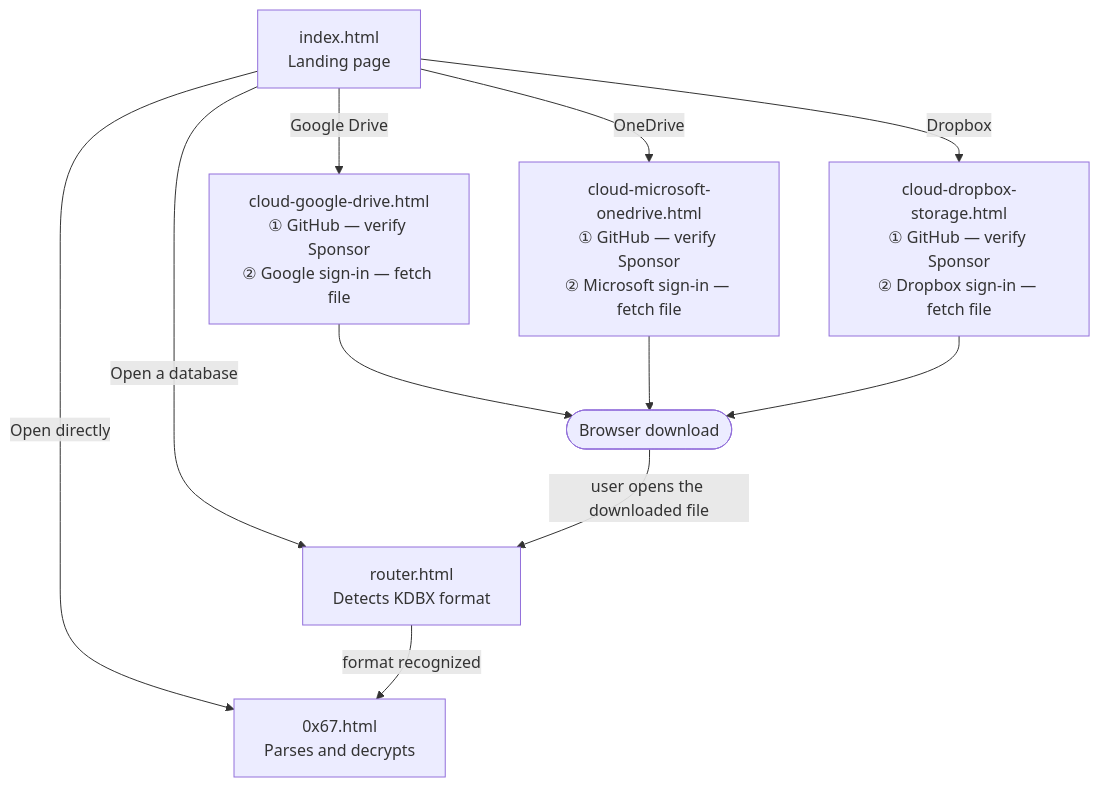
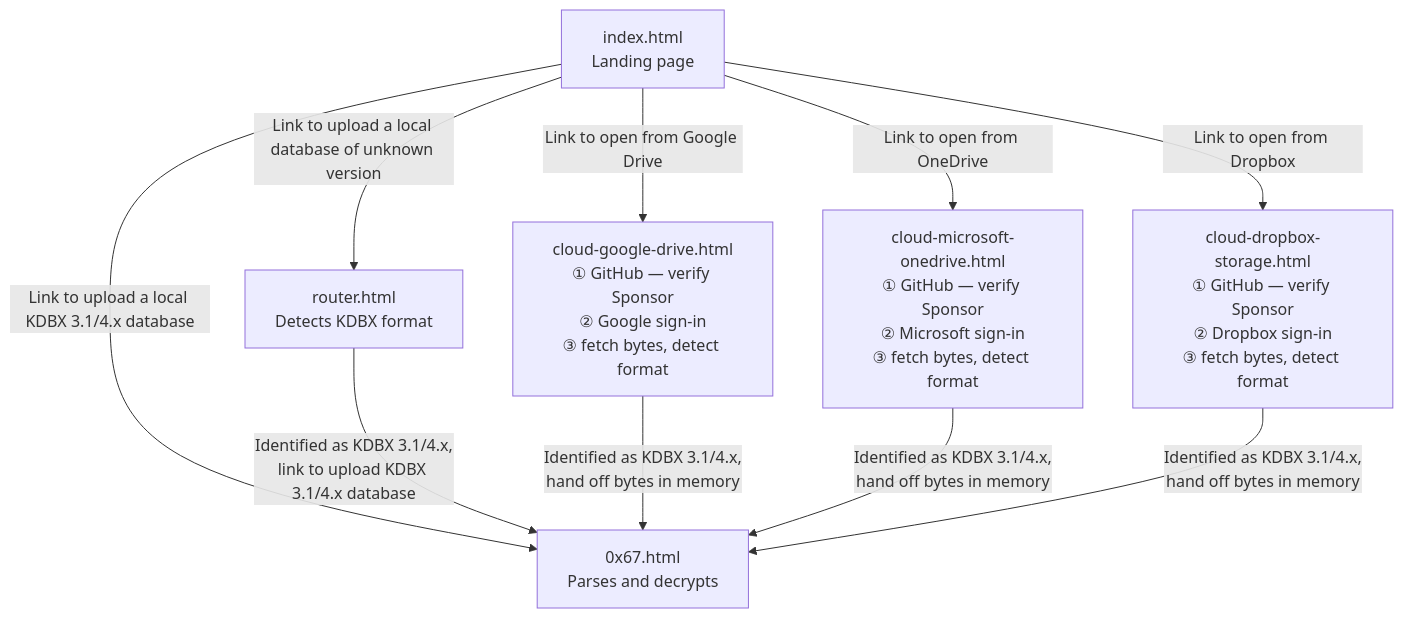
The diagram in docs/PAGES.md (keepass-web/source-application), drawn with Mermaid before and after one commit. The commit also changed other lines of this file and 3 other files, not shown here.

````diff
--- a/docs/PAGES.md
+++ b/docs/PAGES.md
@@ -20,18 +18,16 @@
 ```mermaid
 flowchart TD
     INDEX["index.html<br/>Landing page"]
 
-    INDEX -->|"Open a database"| ROUTER["router.html<br/>Detects KDBX format"]
-    INDEX -->|"Open directly"| APP["0x67.html<br/>Parses and decrypts"]
-    ROUTER -->|"format recognized"| APP
+    INDEX -->|"Link to upload a local database of unknown version"| ROUTER["router.html<br/>Detects KDBX format"]
+    INDEX -->|"Link to upload a local KDBX 3.1/4.x database"| APP["0x67.html<br/>Parses and decrypts"]
+    ROUTER -->|"Identified as KDBX 3.1/4.x,<br/>link to upload KDBX 3.1/4.x database"| APP
 
-    INDEX -->|"Google Drive"| DRIVE["cloud-google-drive.html<br/>① GitHub — verify Sponsor<br/>② Google sign-in — fetch file"]
-    INDEX -->|"OneDrive"| ONEDRIVE["cloud-microsoft-onedrive.html<br/>① GitHub — verify Sponsor<br/>② Microsoft sign-in — fetch file"]
-    INDEX -->|"Dropbox"| DROPBOX["cloud-dropbox-storage.html<br/>① GitHub — verify Sponsor<br/>② Dropbox sign-in — fetch file"]
+    INDEX -->|"Link to open from Google Drive"| DRIVE["cloud-google-drive.html<br/>① GitHub — verify Sponsor<br/>② Google sign-in<br/>③ fetch bytes, detect format"]
+    INDEX -->|"Link to open from OneDrive"| ONEDRIVE["cloud-microsoft-onedrive.html<br/>① GitHub — verify Sponsor<br/>② Microsoft sign-in<br/>③ fetch bytes, detect format"]
+    INDEX -->|"Link to open from Dropbox"| DROPBOX["cloud-dropbox-storage.html<br/>① GitHub — verify Sponsor<br/>② Dropbox sign-in<br/>③ fetch bytes, detect format"]
 
-    DRIVE --> DL(["Browser download"])
-    ONEDRIVE --> DL
-    DROPBOX --> DL
-
-    DL -->|"user opens the downloaded file"| ROUTER
+    DRIVE -->|"Identified as KDBX 3.1/4.x,<br/>hand off bytes in memory"| APP
+    ONEDRIVE -->|"Identified as KDBX 3.1/4.x,<br/>hand off bytes in memory"| APP
+    DROPBOX -->|"Identified as KDBX 3.1/4.x,<br/>hand off bytes in memory"| APP
 ```
````
